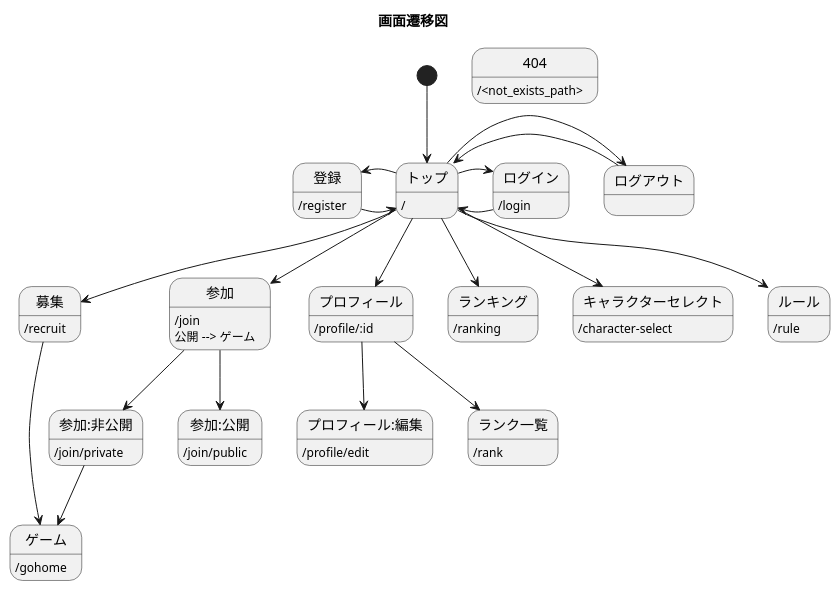
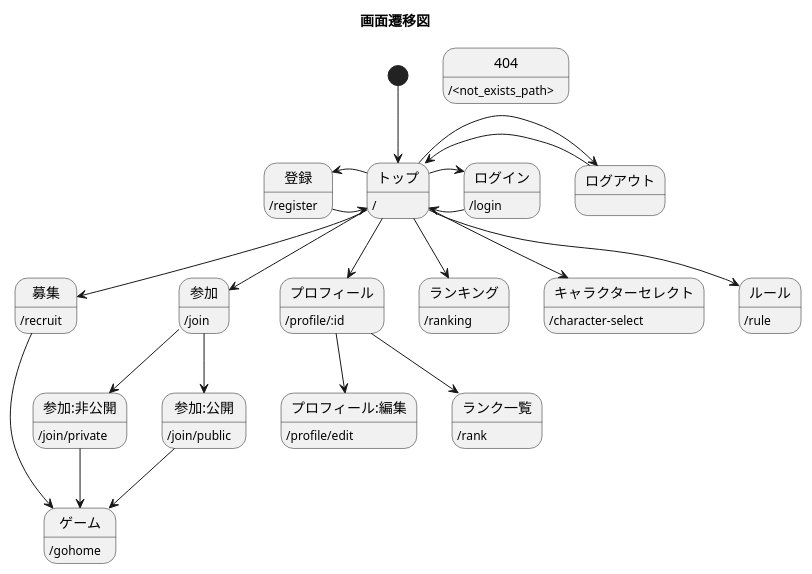
The diagram in screen_transition.pu (uyupun-archive/social-resistance-docs), drawn with PlantUML before and after one commit. The commit also changed 1 other file, not shown here.

```diff
--- a/screen_transition.pu
+++ b/screen_transition.pu
@@ -1,48 +1,47 @@
 @startuml
 
 title 画面遷移図
-
 
 トップ: /
 登録: /register
 ログイン: /login
 募集: /recruit
 参加: /join
 プロフィール: /profile/:id
 ランキング: /ranking
 キャラクターセレクト: /character-select
 ルール: /rule
 "参加:非公開": /join/private
 "参加:公開": /join/public
 "プロフィール:編集": /profile/edit
 ランク一覧: /rank
 ゲーム: /gohome
 404: /<not_exists_path>
 
 [*] --> トップ
 登録 -> トップ
 トップ -> 登録
 ログイン -> トップ
 トップ -> ログイン
 ログアウト -> トップ
 トップ -> ログアウト
 
 トップ --> 募集
 トップ --> 参加
 トップ --> プロフィール
 トップ --> ランキング
 トップ --> キャラクターセレクト
 トップ --> ルール
 
 募集 ---> ゲーム
 
 参加 --> 参加:非公開
 参加 --> 参加:公開
 
 プロフィール --> プロフィール:編集
 プロフィール --> ランク一覧
 
 参加:非公開 --> ゲーム
-参加: 公開 --> ゲーム
+参加:公開 --> ゲーム
 
 @enduml
```
